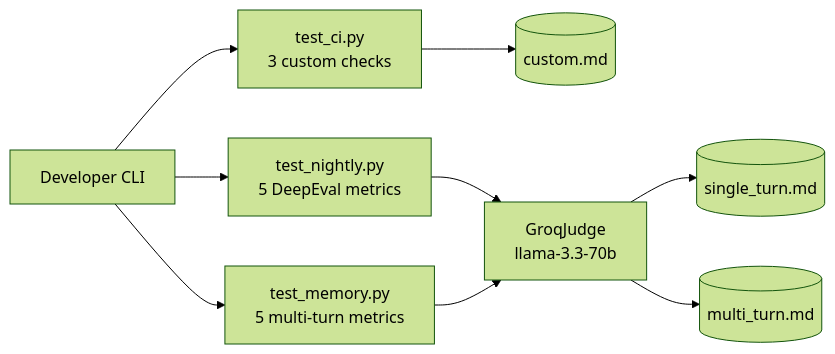
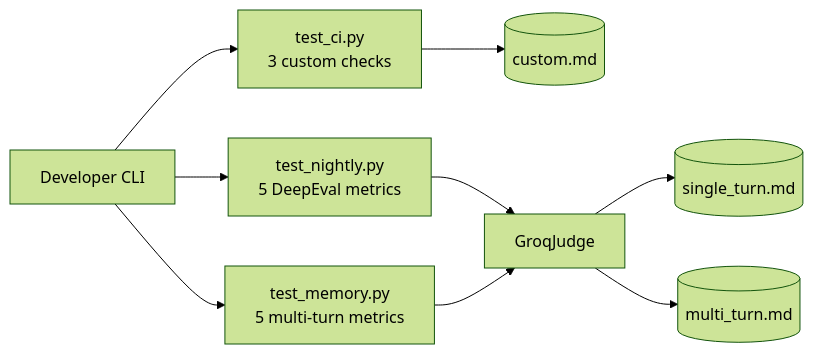
One commit to maniranjan2023/Northline changed the eighth of 8 diagrams in README.md. Above: the diagram before and after it, drawn with Mermaid (forest theme). The commit also changed other lines of this file and 333 other files, not shown here.

````diff
--- a/README.md
+++ b/README.md
@@ -861,12 +1053,11 @@
 ```mermaid
 flowchart LR
     CLI[Developer CLI] --> CI[test_ci.py<br/>3 custom checks]
     CLI --> Nightly[test_nightly.py<br/>5 DeepEval metrics]
     CLI --> Memory[test_memory.py<br/>5 multi-turn metrics]
-
     CI --> R1[(custom.md)]
-    Nightly --> Judge[GroqJudge<br/>llama-3.3-70b]
+    Nightly --> Judge[GroqJudge]
     Memory --> Judge
     Judge --> R2[(single_turn.md)]
     Judge --> R3[(multi_turn.md)]
 ```
````
